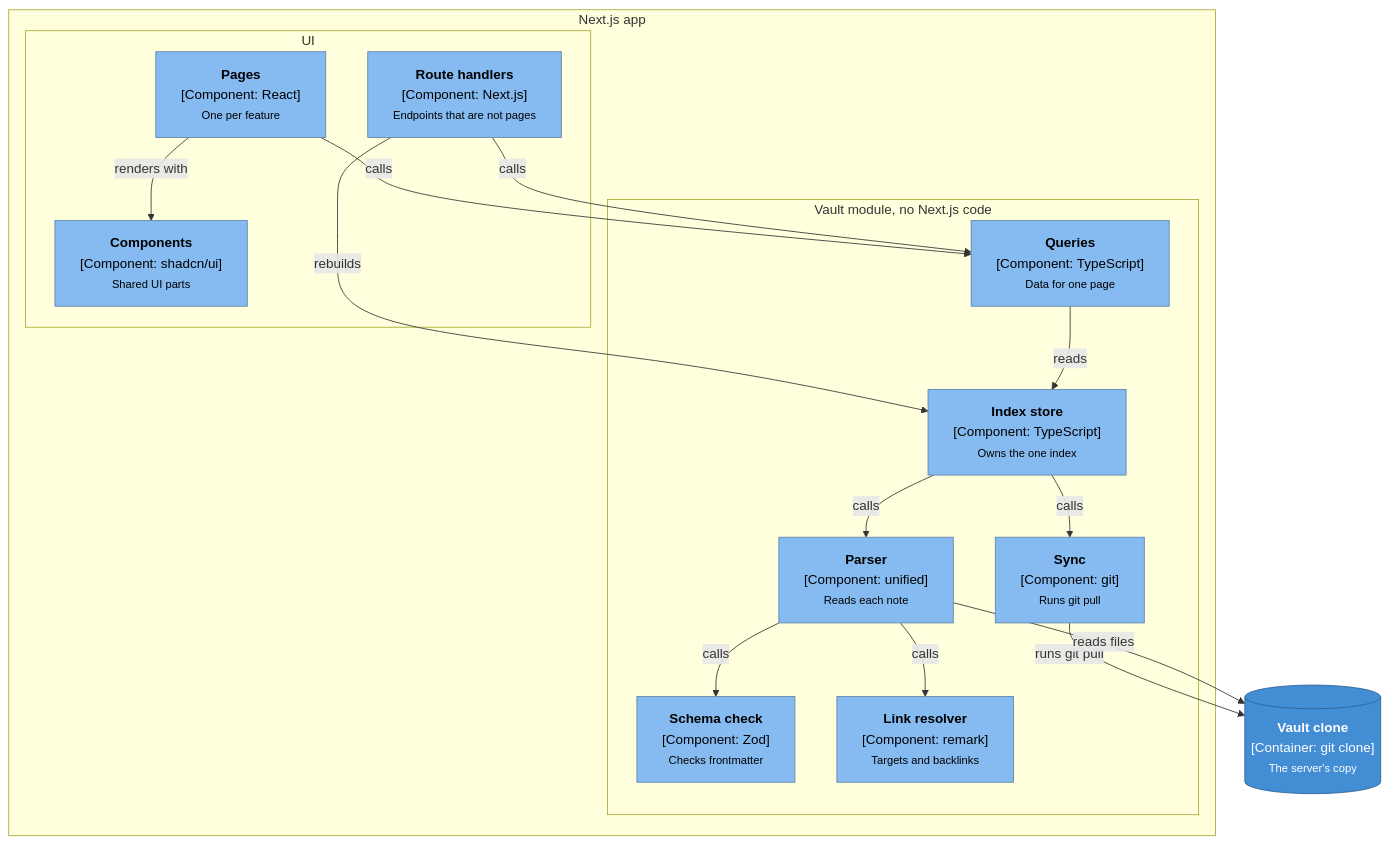
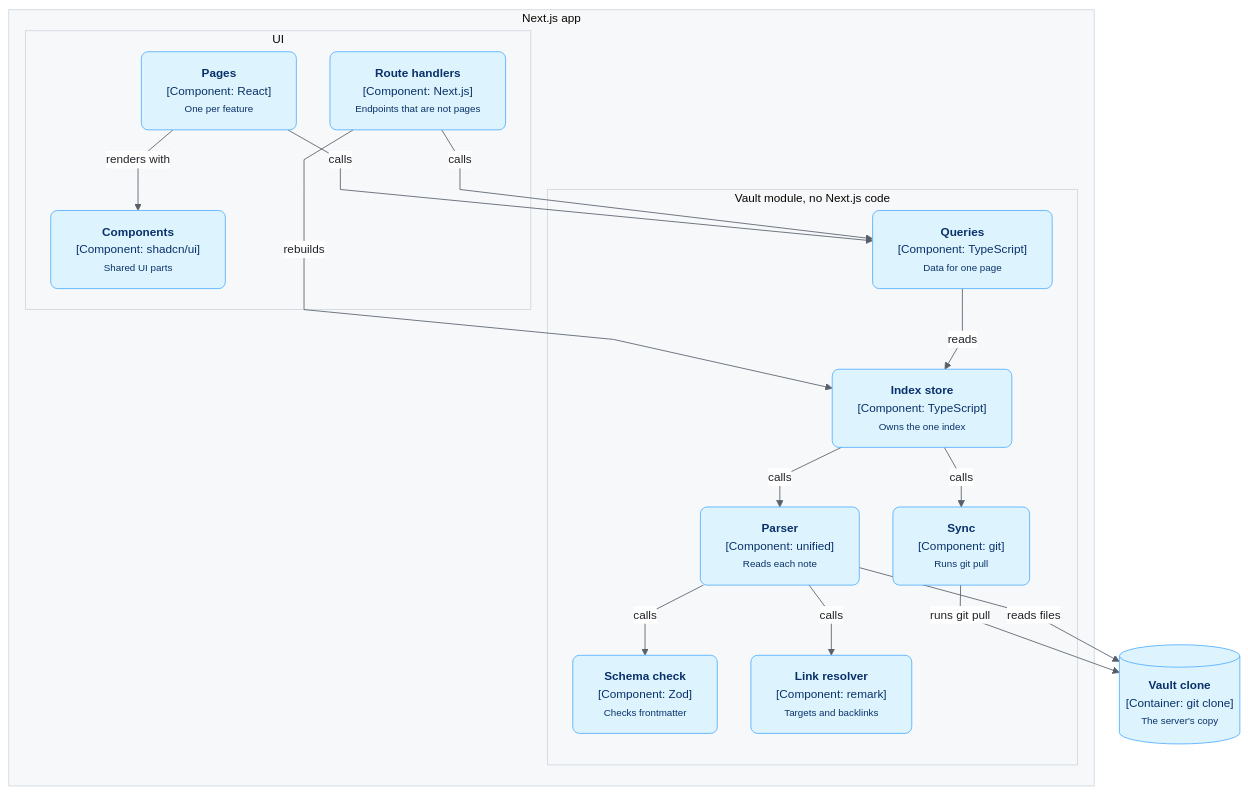
Before and after one commit to lyeyixian/job-search-app: the first of 4 diagrams in docs/architecture/components.md, drawn with Mermaid. The commit also changed 4 other files, not shown here.

First line of the commit message:
Theme the Mermaid flowcharts

````diff
--- a/docs/architecture/components.md
+++ b/docs/architecture/components.md
@@ -9,39 +9,40 @@
 ```mermaid
+%%{init: {"theme":"base","themeVariables":{"fontFamily":"system-ui, sans-serif","fontSize":"14px","lineColor":"#57606a","clusterBkg":"#f6f8fa","clusterBorder":"#d0d7de","edgeLabelBackground":"#ffffff","primaryTextColor":"#1f2328"},"flowchart":{"curve":"linear","nodeSpacing":40,"rankSpacing":50}}}%%
 flowchart TB
     subgraph next["Next.js app"]
         subgraph ui["UI"]
             pages["<b>Pages</b><br/>[Component: React]<br/><small>One per feature</small>"]:::component
             comps["<b>Components</b><br/>[Component: shadcn/ui]<br/><small>Shared UI parts</small>"]:::component
             routes["<b>Route handlers</b><br/>[Component: Next.js]<br/><small>Endpoints that are not pages</small>"]:::component
         end
         subgraph vaultmod["Vault module, no Next.js code"]
             queries["<b>Queries</b><br/>[Component: TypeScript]<br/><small>Data for one page</small>"]:::component
             store["<b>Index store</b><br/>[Component: TypeScript]<br/><small>Owns the one index</small>"]:::component
             sync["<b>Sync</b><br/>[Component: git]<br/><small>Runs git pull</small>"]:::component
             parser["<b>Parser</b><br/>[Component: unified]<br/><small>Reads each note</small>"]:::component
             schema["<b>Schema check</b><br/>[Component: Zod]<br/><small>Checks frontmatter</small>"]:::component
             links["<b>Link resolver</b><br/>[Component: remark]<br/><small>Targets and backlinks</small>"]:::component
         end
     end
 
     clone[("<b>Vault clone</b><br/>[Container: git clone]<br/><small>The server's copy</small>")]:::store
 
     pages -- "renders with" --> comps
     pages -- "calls" --> queries
     routes -- "calls" --> queries
     routes -- "rebuilds" --> store
     queries -- "reads" --> store
     store -- "calls" --> sync
     store -- "calls" --> parser
     parser -- "calls" --> schema
     parser -- "calls" --> links
     sync -- "runs git pull" --> clone
     parser -- "reads files" --> clone
 
-    classDef person fill:#08427b,stroke:#052e56,color:#ffffff
-    classDef system fill:#1168bd,stroke:#0b4884,color:#ffffff
-    classDef container fill:#438dd5,stroke:#2e6295,color:#ffffff
-    classDef component fill:#85bbf0,stroke:#5d82a8,color:#000000
-    classDef store fill:#438dd5,stroke:#2e6295,color:#ffffff
-    classDef external fill:#999999,stroke:#6b6b6b,color:#ffffff
+    classDef person fill:#0b3d6b,stroke:#0b3d6b,color:#ffffff,rx:8,ry:8
+    classDef system fill:#1f6feb,stroke:#1a5fcc,color:#ffffff,rx:8,ry:8
+    classDef container fill:#ddf4ff,stroke:#54aeff,color:#0a3069,rx:8,ry:8
+    classDef component fill:#ddf4ff,stroke:#54aeff,color:#0a3069,rx:8,ry:8
+    classDef store fill:#ddf4ff,stroke:#54aeff,color:#0a3069
+    classDef external fill:#f6f8fa,stroke:#8c959f,color:#424a53,stroke-dasharray:4 3,rx:8,ry:8
 ```
````
